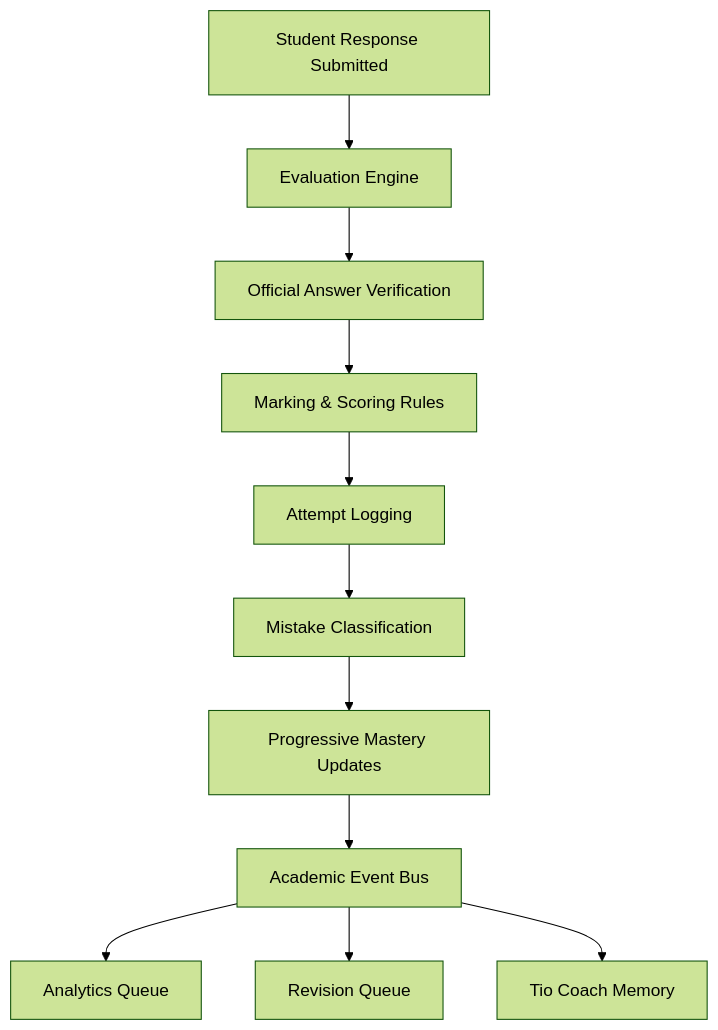
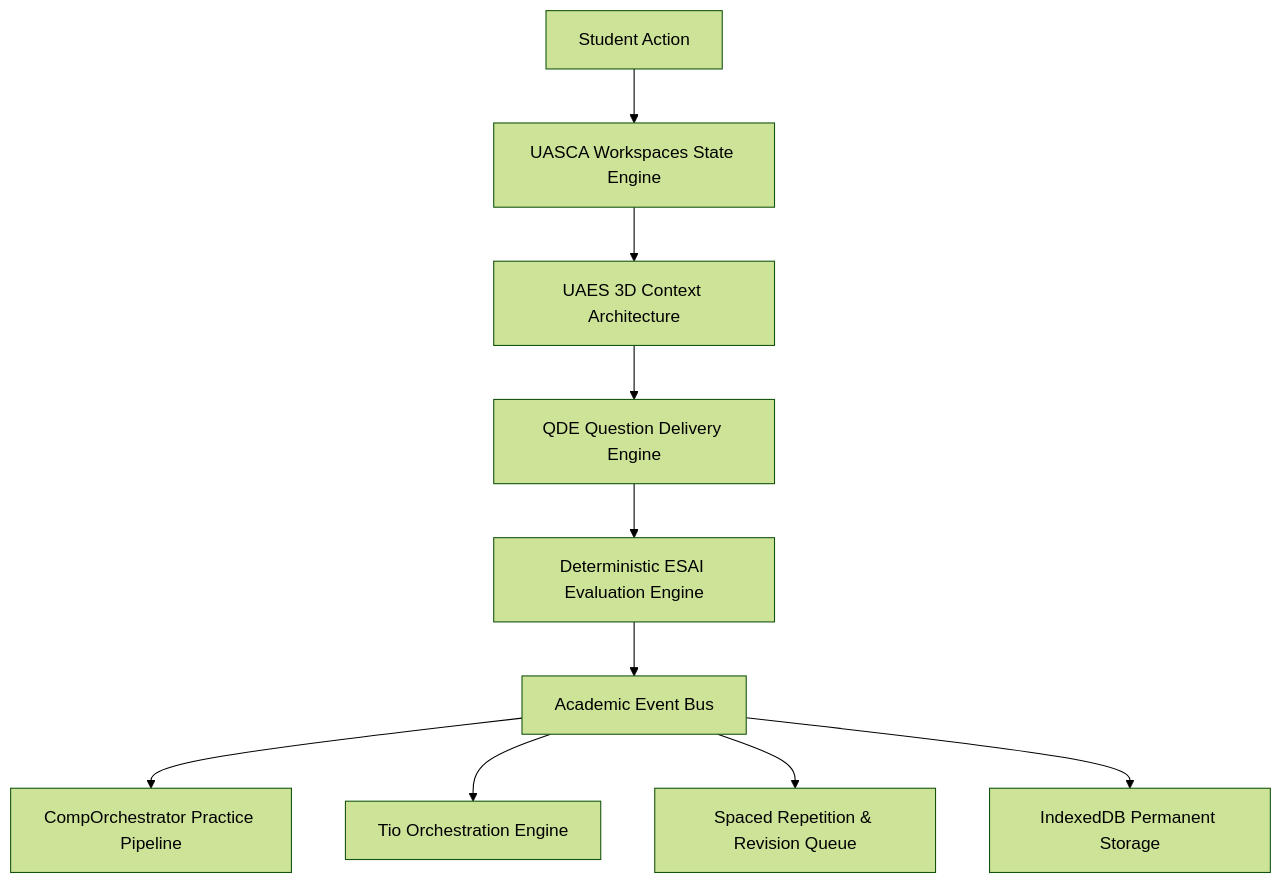
The diagram in README.md (saiharshaeng/mentorixbeta), drawn with Mermaid (forest theme) before and after one commit. The commit also changed other lines of this file, not shown here.

Commit message:
docs(readme): update README.md architecture documentation, completed milestones (Phases 1-19), and repository presentation

````diff
--- a/README.md
+++ b/README.md
@@ -9,13 +9,12 @@
 ```mermaid
 graph TD
-    A["Student Response Submitted"] --> B["Evaluation Engine"]
-    B --> C["Official Answer Verification"]
-    C --> D["Marking & Scoring Rules"]
-    D --> E["Attempt Logging"]
-    E --> F["Mistake Classification"]
-    F --> G["Progressive Mastery Updates"]
-    G --> H["Academic Event Bus"]
-    H --> I["Analytics Queue"]
-    H --> J["Revision Queue"]
-    H --> K["Tio Coach Memory"]
+    A["Student Action"] --> B["UASCA Workspaces State Engine"]
+    B --> C["UAES 3D Context Architecture"]
+    C --> D["QDE Question Delivery Engine"]
+    D --> E["Deterministic ESAI Evaluation Engine"]
+    E --> F["Academic Event Bus"]
+    F --> G["CompOrchestrator Practice Pipeline"]
+    F --> H["Tio Orchestration Engine"]
+    F --> I["Spaced Repetition & Revision Queue"]
+    F --> J["IndexedDB Permanent Storage"]
 ```
````
